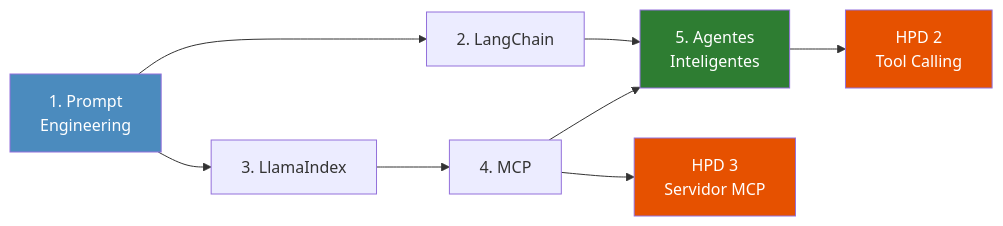
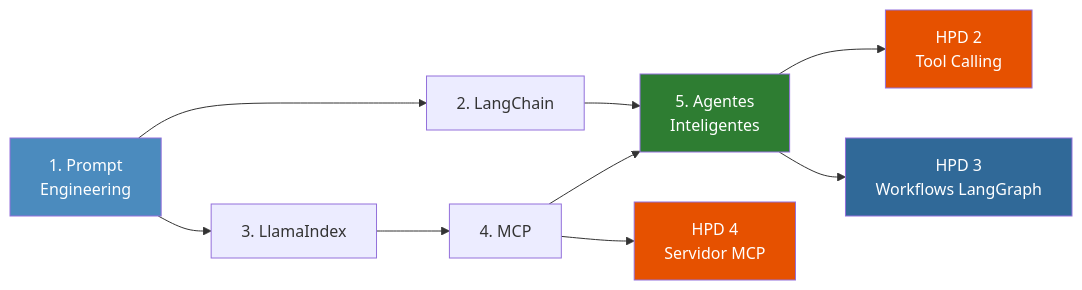
The second of 2 diagrams in bloque2/02-orquestacion.qmd (Adamychen/m10_quarto), drawn with Mermaid before and after one commit. The commit also changed other lines of this file and 79 other files, not shown here.

````diff
--- a/bloque2/02-orquestacion.qmd
+++ b/bloque2/02-orquestacion.qmd
@@ -65,15 +65,17 @@
 ```{mermaid}
 graph LR
     A["1. Prompt<br/>Engineering"] --> B["2. LangChain"]
     A --> C["3. LlamaIndex"]
     C --> D["4. MCP"]
     B --> E["5. Agentes<br/>Inteligentes"]
     D --> E
     E --> F["HPD 2<br/>Tool Calling"]
-    D --> G["HPD 3<br/>Servidor MCP"]
+    E --> H["HPD 3<br/>Workflows LangGraph"]
+    D --> G["HPD 4<br/>Servidor MCP"]
     
     style A fill:#4B8BBE,color:#fff
     style E fill:#2e7d32,color:#fff
     style F fill:#e65100,color:#fff
+    style H fill:#306998,color:#fff
     style G fill:#e65100,color:#fff
 ```
````
